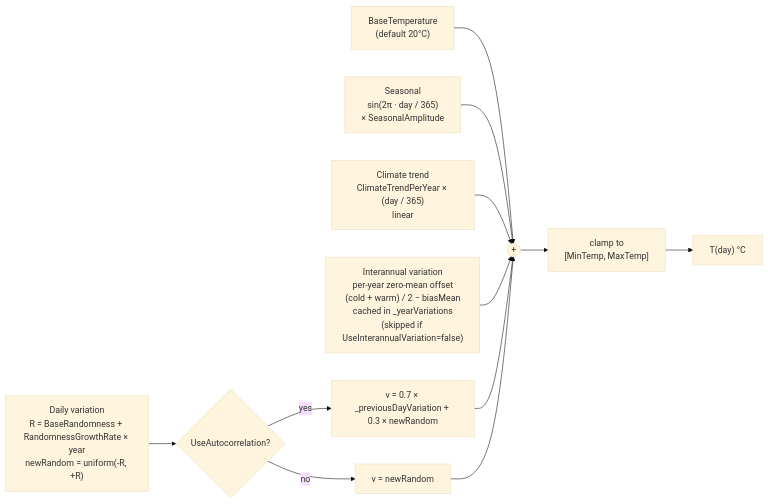
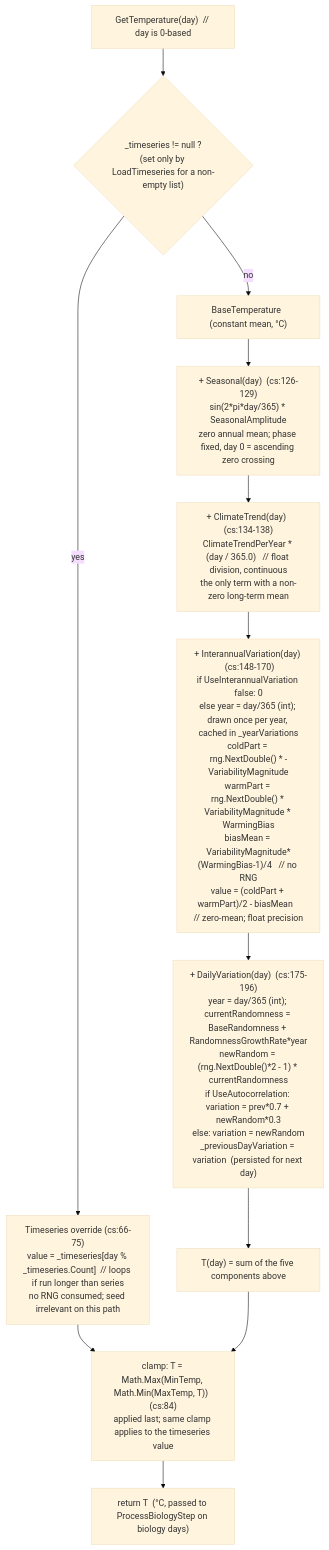
The diagram in docs/diagrams/temperature-model.md (Ghostlab-Studios/tinysea), drawn with Mermaid (base theme) before and after one commit. The commit also changed other lines of this file and 97 other files, not shown here.

````diff
--- a/docs/diagrams/temperature-model.md
+++ b/docs/diagrams/temperature-model.md
@@ -5,14 +5,23 @@
 ```mermaid
-flowchart LR
-    Base["BaseTemperature<br/>(default 20°C)"] --> Sum(("+"))
-    Seasonal["Seasonal<br/>sin(2π · day / 365)<br/>× SeasonalAmplitude"] --> Sum
-    Trend["Climate trend<br/>ClimateTrendPerYear × (day / 365)<br/>linear"] --> Sum
-    Inter["Interannual variation<br/>per-year zero-mean offset<br/>(cold + warm) / 2 − biasMean<br/>cached in _yearVariations<br/>(skipped if UseInterannualVariation=false)"] --> Sum
-    Daily["Daily variation<br/>R = BaseRandomness + RandomnessGrowthRate × year<br/>newRandom = uniform(-R, +R)"] --> AC{"UseAutocorrelation?"}
-    AC -- yes --> Smooth["v = 0.7 × _previousDayVariation + 0.3 × newRandom"]
-    AC -- no --> Raw["v = newRandom"]
-    Smooth --> Sum
-    Raw --> Sum
-    Sum --> Clamp["clamp to<br/>[MinTemp, MaxTemp]"]
-    Clamp --> Out["T(day) °C"]
+flowchart TD
+    START["GetTemperature(day)  // day is 0-based"] --> TSQ{"_timeseries != null ?<br/>(set only by LoadTimeseries for a non-empty list)"}
+
+    TSQ -- yes --> TS["Timeseries override (cs:66-75)<br/>value = _timeseries[day % _timeseries.Count]  // loops if run longer than series<br/>no RNG consumed; seed irrelevant on this path"]
+    TS --> CLAMP
+
+    TSQ -- no --> BASE["BaseTemperature  (constant mean, °C)"]
+
+    BASE --> SEAS["+ Seasonal(day)  (cs:126-129)<br/>sin(2*pi*day/365) * SeasonalAmplitude<br/>zero annual mean; phase fixed, day 0 = ascending zero crossing"]
+
+    SEAS --> TREND["+ ClimateTrend(day)  (cs:134-138)<br/>ClimateTrendPerYear * (day / 365.0)   // float division, continuous<br/>the only term with a non-zero long-term mean"]
+
+    TREND --> INTER["+ InterannualVariation(day)  (cs:148-170)<br/>if UseInterannualVariation false: 0<br/>else year = day/365 (int); drawn once per year, cached in _yearVariations<br/>coldPart = rng.NextDouble() * -VariabilityMagnitude<br/>warmPart = rng.NextDouble() * VariabilityMagnitude * WarmingBias<br/>biasMean = VariabilityMagnitude*(WarmingBias-1)/4   // no RNG<br/>value = (coldPart + warmPart)/2 - biasMean   // zero-mean; float precision"]
+
+    INTER --> DAILY["+ DailyVariation(day)  (cs:175-196)<br/>year = day/365 (int); currentRandomness = BaseRandomness + RandomnessGrowthRate*year<br/>newRandom = (rng.NextDouble()*2 - 1) * currentRandomness<br/>if UseAutocorrelation: variation = prev*0.7 + newRandom*0.3<br/>else: variation = newRandom<br/>_previousDayVariation = variation  (persisted for next day)"]
+
+    DAILY --> SUM["T(day) = sum of the five components above"]
+
+    SUM --> CLAMP["clamp: T = Math.Max(MinTemp, Math.Min(MaxTemp, T))  (cs:84)<br/>applied last; same clamp applies to the timeseries value"]
+
+    CLAMP --> OUT["return T  (°C, passed to ProcessBiologyStep on biology days)"]
 ```
````
